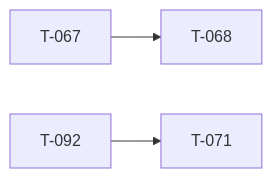
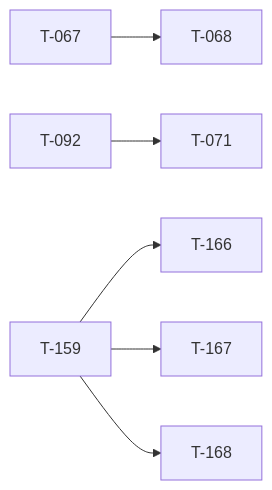
One commit to darkforce09/TBD-reforger changed the diagram in docs/TICKET_LEAD.md. Above: the diagram before and after it, drawn with Mermaid. The commit also changed other lines of this file and 4 other files, not shown here.

````diff
--- a/docs/TICKET_LEAD.md
+++ b/docs/TICKET_LEAD.md
@@ -30,5 +33,8 @@
 ```mermaid
 flowchart LR
   T067[T-067] --> T068[T-068]
   T092[T-092] --> T071[T-071]
+  T159[T-159] --> T166[T-166]
+  T159[T-159] --> T167[T-167]
+  T159[T-159] --> T168[T-168]
 ```
````
